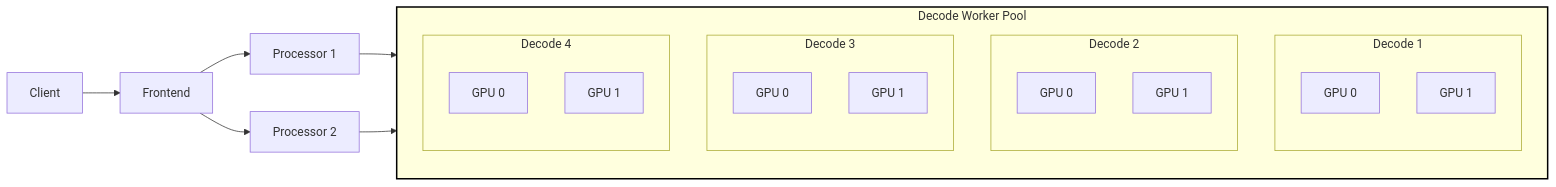
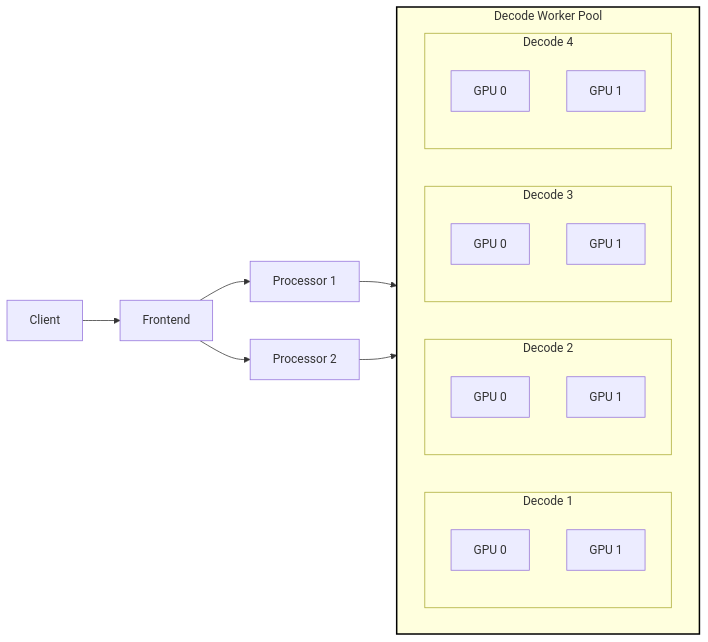
One commit to ai-dynamo/dynamo changed the third of 3 diagrams in tests/fault_tolerance/README.md. Above: the diagram before and after it, drawn with Mermaid.

````diff
--- a/tests/fault_tolerance/README.md
+++ b/tests/fault_tolerance/README.md
@@ -253,40 +253,40 @@
 ```mermaid
 graph LR
     Client["Client"]
     Frontend["Frontend"]
     Processor_1["Processor 1"]
     Processor_2["Processor 2"]
 
     Client --> Frontend
     Frontend --> Processor_1
     Frontend --> Processor_2
 
     subgraph DecodePool["Decode Worker Pool"]
-        direction TB
+        direction LR
         subgraph Decode1["Decode 1"]
             direction TB
             D1GPU0["GPU 0"]
             D1GPU1["GPU 1"]
         end
         subgraph Decode2["Decode 2"]
             direction TB
             D2GPU0["GPU 0"]
             D2GPU1["GPU 1"]
         end
         subgraph Decode3["Decode 3"]
             direction TB
             D3GPU0["GPU 0"]
             D3GPU1["GPU 1"]
         end
         subgraph Decode4["Decode 4"]
             direction TB
             D4GPU0["GPU 0"]
             D4GPU1["GPU 1"]
         end
     end
 
     Processor_1 --> DecodePool
     Processor_2 --> DecodePool
 
     style DecodePool stroke:#000,stroke-width:2px
 ```
````
